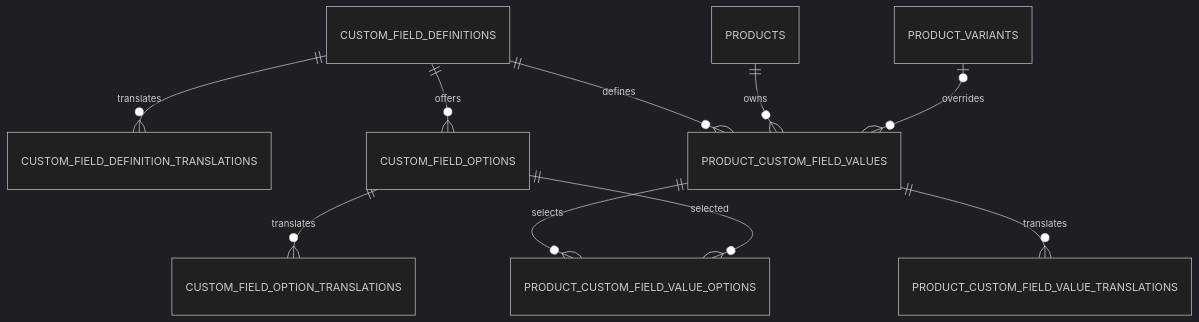
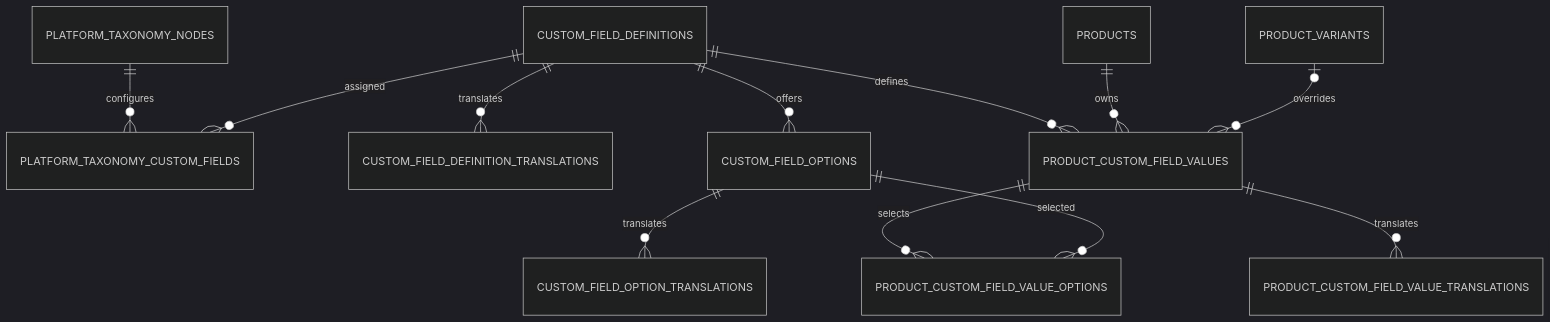
Before and after one commit to fzeeso/shopnxebk: the third of 3 diagrams in docs/catalog.md, drawn with Mermaid (dark theme). The commit also changed other lines of this file and 196 other files, not shown here.

````diff
--- a/docs/catalog.md
+++ b/docs/catalog.md
@@ -160,12 +184,14 @@
 ```mermaid
 erDiagram
+    PLATFORM_TAXONOMY_NODES ||--o{ PLATFORM_TAXONOMY_CUSTOM_FIELDS : configures
+    CUSTOM_FIELD_DEFINITIONS ||--o{ PLATFORM_TAXONOMY_CUSTOM_FIELDS : assigned
     CUSTOM_FIELD_DEFINITIONS ||--o{ CUSTOM_FIELD_DEFINITION_TRANSLATIONS : translates
     CUSTOM_FIELD_DEFINITIONS ||--o{ CUSTOM_FIELD_OPTIONS : offers
     CUSTOM_FIELD_OPTIONS ||--o{ CUSTOM_FIELD_OPTION_TRANSLATIONS : translates
     CUSTOM_FIELD_DEFINITIONS ||--o{ PRODUCT_CUSTOM_FIELD_VALUES : defines
     PRODUCTS ||--o{ PRODUCT_CUSTOM_FIELD_VALUES : owns
     PRODUCT_VARIANTS o|--o{ PRODUCT_CUSTOM_FIELD_VALUES : overrides
     PRODUCT_CUSTOM_FIELD_VALUES ||--o{ PRODUCT_CUSTOM_FIELD_VALUE_TRANSLATIONS : translates
     PRODUCT_CUSTOM_FIELD_VALUES ||--o{ PRODUCT_CUSTOM_FIELD_VALUE_OPTIONS : selects
     CUSTOM_FIELD_OPTIONS ||--o{ PRODUCT_CUSTOM_FIELD_VALUE_OPTIONS : selected
 ```
````
